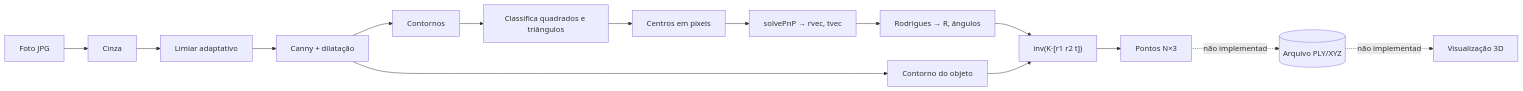
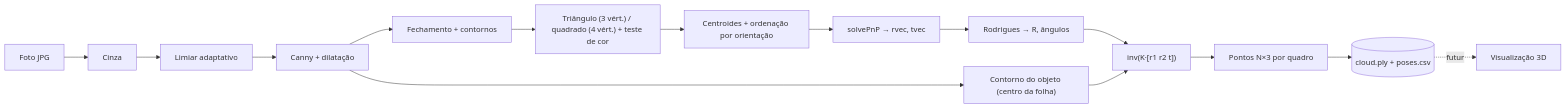
The diagram in README.md (UTFPRCM/scan3d-with-opencv-in-java), drawn with Mermaid before and after one commit. The commit also changed other lines of this file and 56 other files, not shown here.

````diff
--- a/README.md
+++ b/README.md
@@ -63,17 +63,17 @@
 ```mermaid
 flowchart LR
     A[Foto JPG] --> B[Cinza]
     B --> C[Limiar adaptativo]
     C --> D[Canny + dilatação]
-    D --> E[Contornos]
-    E --> F[Classifica quadrados e triângulos]
-    F --> G[Centros em pixels]
+    D --> E["Fechamento + contornos"]
+    E --> F["Triângulo (3 vért.) / quadrado (4 vért.) + teste de cor"]
+    F --> G["Centroides + ordenação por orientação"]
     G --> H["solvePnP → rvec, tvec"]
     H --> I["Rodrigues → R, ângulos"]
-    D --> J[Contorno do objeto]
+    D --> J["Contorno do objeto (centro da folha)"]
     I --> K["inv(K·[r1 r2 t])"]
     J --> K
-    K --> L[Pontos N×3]
-    L -.não implementado.-> M[(Arquivo PLY/XYZ)]
-    M -.não implementado.-> N[Visualização 3D]
+    K --> L[Pontos N×3 por quadro]
+    L --> M[(cloud.ply + poses.csv)]
+    M -.futuro.-> N[Visualização 3D]
 ```
````
